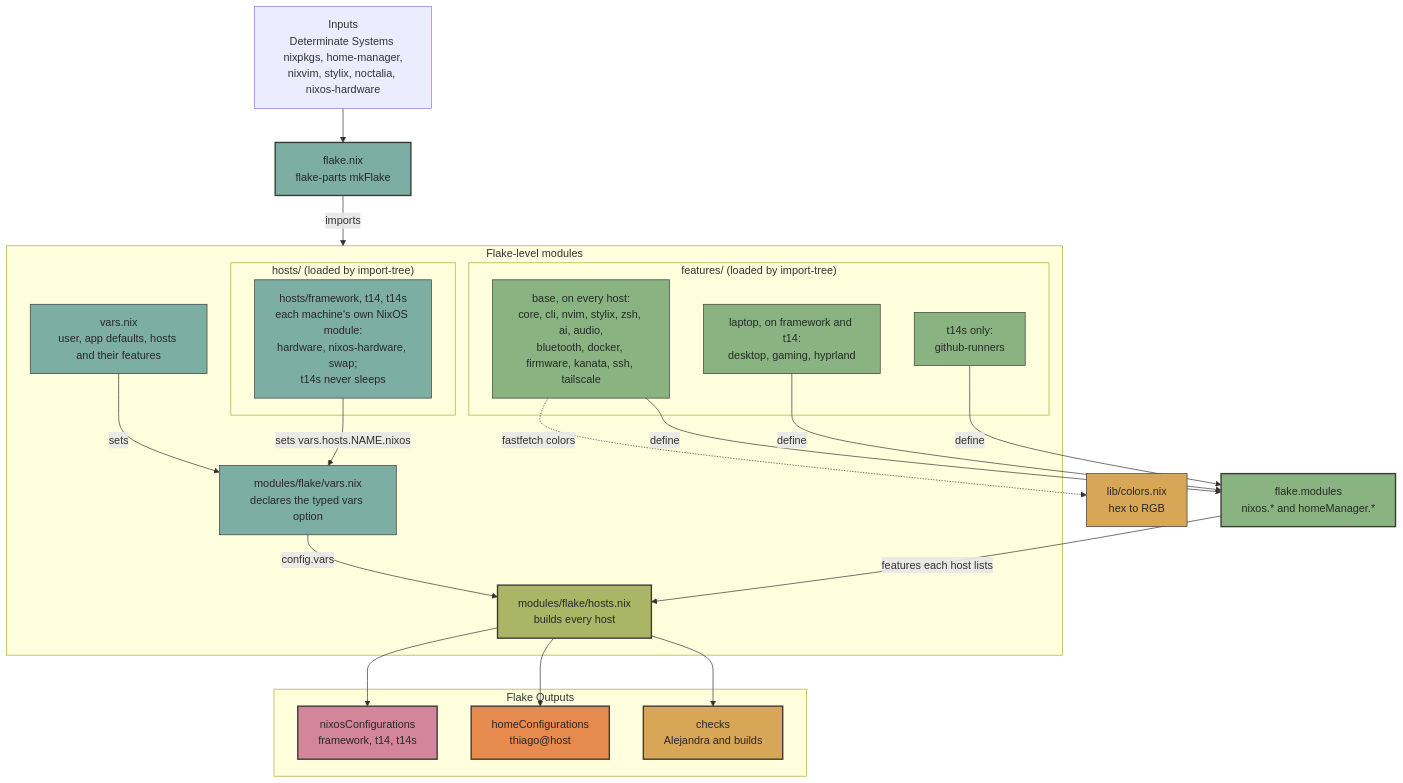
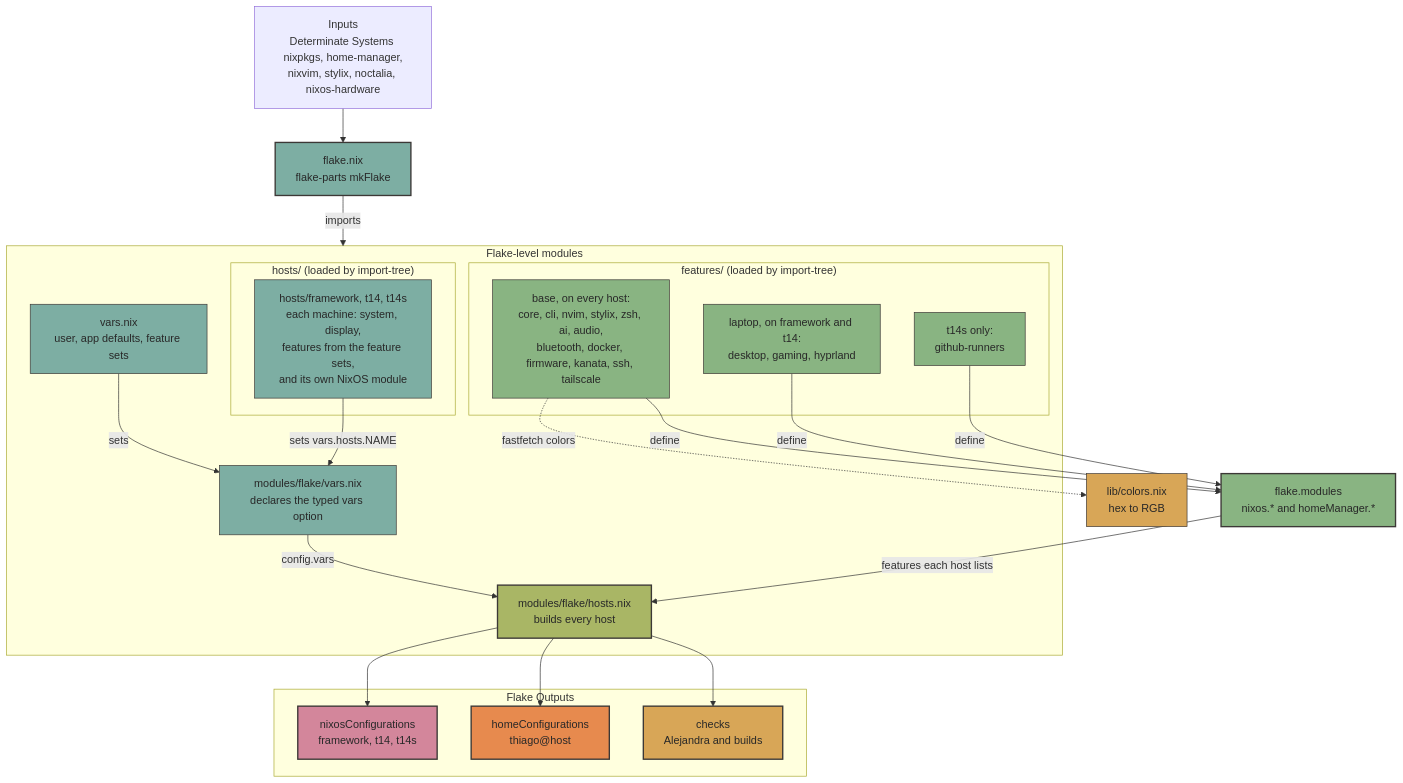
Before and after one commit to thiagokimo/nix-config: the diagram in README.md, drawn with Mermaid. The commit also changed other lines of this file and 5 other files, not shown here.

First line of the commit message:
Moves each host's data into its own file

````diff
--- a/README.md
+++ b/README.md
@@ -70,57 +70,57 @@
 ```mermaid
 graph TD
     Inputs["Inputs<br/>Determinate Systems nixpkgs, home-manager,<br/>nixvim, stylix, noctalia, nixos-hardware"] --> Flake
     Flake["flake.nix<br/>flake-parts mkFlake"]
 
     subgraph FlakeLevel ["Flake-level modules"]
         VarsOpt["modules/flake/vars.nix<br/>declares the typed vars option"]
-        Vars["vars.nix<br/>user, app defaults, hosts and their features"]
+        Vars["vars.nix<br/>user, app defaults, feature sets"]
         subgraph Features ["features/ (loaded by import-tree)"]
             BaseF["base, on every host:<br/>core, cli, nvim, stylix, zsh, ai, audio,<br/>bluetooth, docker, firmware, kanata, ssh, tailscale"]
             LaptopF["laptop, on framework and t14:<br/>desktop, gaming, hyprland"]
             ServerF["t14s only:<br/>github-runners"]
         end
         subgraph Hosts ["hosts/ (loaded by import-tree)"]
-            HostFiles["hosts/framework, t14, t14s<br/>each machine's own NixOS module:<br/>hardware, nixos-hardware, swap;<br/>t14s never sleeps"]
+            HostFiles["hosts/framework, t14, t14s<br/>each machine: system, display,<br/>features from the feature sets,<br/>and its own NixOS module"]
         end
         HostsMod["modules/flake/hosts.nix<br/>builds every host"]
     end
 
     Flake -->|imports| FlakeLevel
     Vars -->|sets| VarsOpt
-    HostFiles -->|sets vars.hosts.NAME.nixos| VarsOpt
+    HostFiles -->|sets vars.hosts.NAME| VarsOpt
     BaseF -->|define| FlakeModules
     LaptopF -->|define| FlakeModules
     ServerF -->|define| FlakeModules
     FlakeModules["flake.modules<br/>nixos.* and homeManager.*"]
 
     VarsOpt -->|config.vars| HostsMod
     FlakeModules -->|features each host lists| HostsMod
 
     subgraph Outputs ["Flake Outputs"]
         NixOS["nixosConfigurations<br/>framework, t14, t14s"]
         HomeM["homeConfigurations<br/>thiago@host"]
         Checks["checks<br/>Alejandra and builds"]
     end
 
     HostsMod --> NixOS
     HostsMod --> HomeM
     HostsMod --> Checks
 
     Colors["lib/colors.nix<br/>hex to RGB"]
     BaseF -.->|fastfetch colors| Colors
 
     style Flake fill:#7daea3,stroke:#3c3836,stroke-width:2px,color:#282828
     style VarsOpt fill:#7daea3,stroke:#3c3836,stroke-width:1px,color:#282828
     style Vars fill:#7daea3,stroke:#3c3836,stroke-width:1px,color:#282828
     style HostFiles fill:#7daea3,stroke:#3c3836,stroke-width:1px,color:#282828
     style BaseF fill:#89b482,stroke:#3c3836,stroke-width:1px,color:#282828
     style LaptopF fill:#89b482,stroke:#3c3836,stroke-width:1px,color:#282828
     style ServerF fill:#89b482,stroke:#3c3836,stroke-width:1px,color:#282828
     style FlakeModules fill:#89b482,stroke:#3c3836,stroke-width:2px,color:#282828
     style HostsMod fill:#a9b665,stroke:#3c3836,stroke-width:2px,color:#282828
     style Colors fill:#d8a657,stroke:#3c3836,stroke-width:1px,color:#282828
     style NixOS fill:#d3869b,stroke:#3c3836,stroke-width:2px,color:#282828
     style HomeM fill:#e78a4e,stroke:#3c3836,stroke-width:2px,color:#282828
     style Checks fill:#d8a657,stroke:#3c3836,stroke-width:2px,color:#282828
 ```
````
